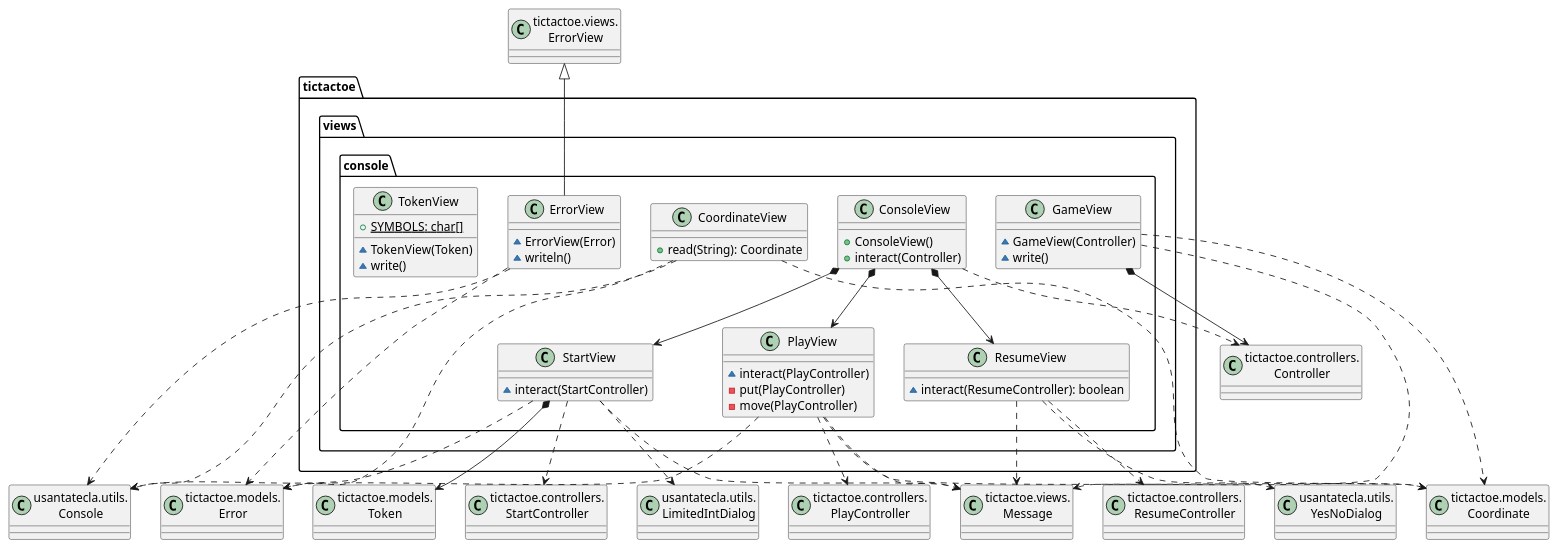
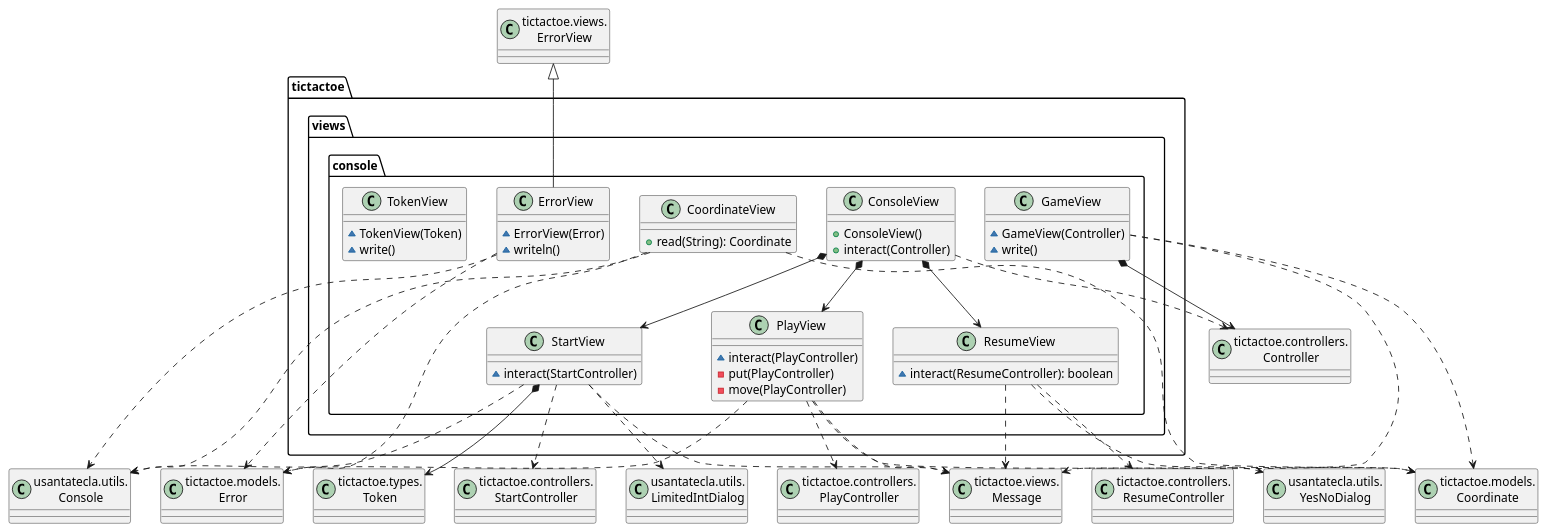
One commit to Jolucaa/USantaTecla-project-ticTacToe changed the third of 8 diagrams in modelViewPresenter/presentationModel/withoutDoubleDispatching/docs/diagrams/src/paquetes.plantuml. Above: the diagram before and after it, drawn with PlantUML. The commit also changed 3 other files, not shown here.

Commit message:
Diagramas

```diff
--- a/modelViewPresenter/presentationModel/withoutDoubleDispatching/docs/diagrams/src/paquetes.plantuml
+++ b/modelViewPresenter/presentationModel/withoutDoubleDispatching/docs/diagrams/src/paquetes.plantuml
@@ -68,82 +68,81 @@
 @startuml paqueteTicTacToeViewsConsole
 class Error as "tictactoe.models.\nError" {}
 class Coordinate as "tictactoe.models.\nCoordinate" {}
 class Console as "usantatecla.utils.\nConsole" {}
 class Controller as "tictactoe.controllers.\nController" {}
 class PlayController as "tictactoe.controllers.\nPlayController" {}
 class ResumeController as "tictactoe.controllers.\nResumeController" {}
 class YesNoDialog as "usantatecla.utils.\nYesNoDialog" {}
 class StartController as "tictactoe.controllers.\nStartController" {}
 class LimitedIntDialog as "usantatecla.utils.\nLimitedIntDialog" {}
-class Token as "tictactoe.models.\nToken" {}
+class Token as "tictactoe.types.\nToken" {}
 class Message as "tictactoe.views.\nMessage" {}
 class ErrorView as "tictactoe.views.\nErrorView" {}
 
 class tictactoe.views.console.ConsoleView{
 + ConsoleView()
 + interact(Controller)
 }
 tictactoe.views.console.ConsoleView *-down-> tictactoe.views.console.StartView
 tictactoe.views.console.ConsoleView *-down-> tictactoe.views.console.PlayView
 tictactoe.views.console.ConsoleView *-down-> tictactoe.views.console.ResumeView
 tictactoe.views.console.ConsoleView .down.> Controller
 
 class tictactoe.views.console.CoordinateView {
 + read(String): Coordinate
 }
 
 tictactoe.views.console.CoordinateView .down.> Console
 tictactoe.views.console.CoordinateView .down.> Error
 tictactoe.views.console.CoordinateView .down.> Coordinate
 
 class  tictactoe.views.console.ErrorView{
 ~ ErrorView(Error)
 ~ writeln()
 }
 tictactoe.views.console.ErrorView .down.> Error
 tictactoe.views.console.ErrorView .down.> Console
 ErrorView <|-down- tictactoe.views.console.ErrorView
 
 class  tictactoe.views.console.GameView{
 ~ GameView(Controller)
 ~ write()
 }
 
 tictactoe.views.console.GameView *-down-> Controller
 tictactoe.views.console.GameView .down.> Coordinate
 tictactoe.views.console.GameView .down.> Message
 
 class  tictactoe.views.console.PlayView{
 ~ interact(PlayController)
 - put(PlayController)
 - move(PlayController)
 }
 
 tictactoe.views.console.PlayView .down.> PlayController
 tictactoe.views.console.PlayView .down.> Coordinate
 tictactoe.views.console.PlayView .down.> Message
 tictactoe.views.console.PlayView .down.> Error
 
 class  tictactoe.views.console.ResumeView{
 ~ interact(ResumeController): boolean
 }
 tictactoe.views.console.ResumeView .down.> ResumeController
 tictactoe.views.console.ResumeView .down.> Message
 tictactoe.views.console.ResumeView .down.> YesNoDialog
 
 class tictactoe.views.console.StartView{
 ~ interact(StartController)
 }
 tictactoe.views.console.StartView .down.> StartController
 tictactoe.views.console.StartView .down.> Message
 tictactoe.views.console.StartView .down.> LimitedIntDialog
 
 class tictactoe.views.console.TokenView{
-+ {static} SYMBOLS: char[]
 ~ TokenView(Token)
 ~ write()
 }
 tictactoe.views.console.StartView *-down-> Token
 tictactoe.views.console.StartView .down.> Console
 
 @enduml
```
